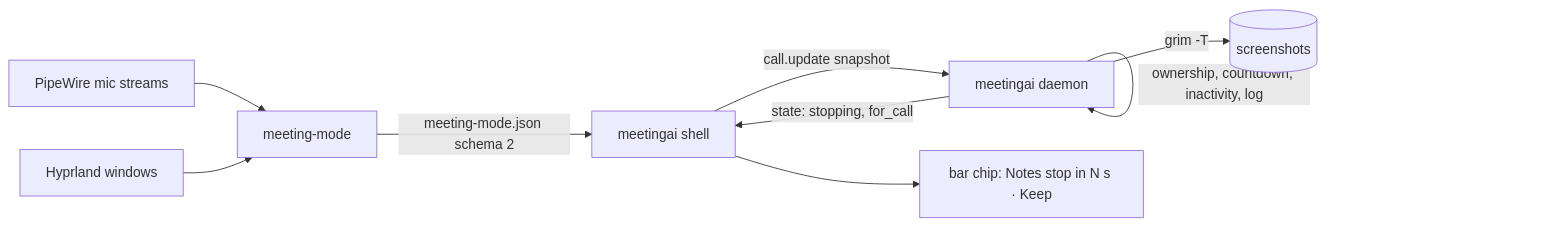
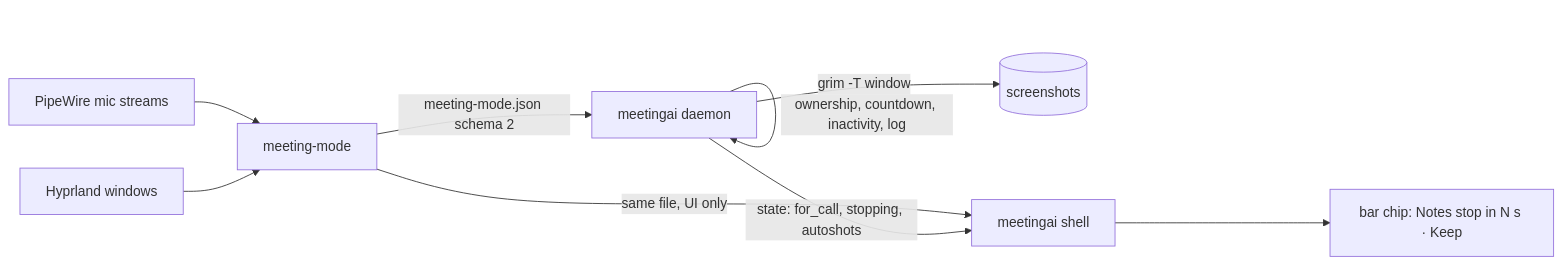
The diagram in spec/2026-11-16-101-meeting-end-and-window-shots.md (olafkfreund/nixarchy-meetingai), drawn with Mermaid before and after one commit. The commit also changed other lines of this file, not shown here.

First line of the commit message:
docs(spec): #101 daemon reads call state; address Codex and agy findings

````diff
--- a/spec/2026-11-16-101-meeting-end-and-window-shots.md
+++ b/spec/2026-11-16-101-meeting-end-and-window-shots.md
@@ -49,11 +50,11 @@
 ```mermaid
 flowchart LR
   PW[PipeWire mic streams] --> MM[meeting-mode]
   HY[Hyprland windows] --> MM
-  MM -- meeting-mode.json schema 2 --> SH[meetingai shell]
-  SH -- call.update snapshot --> D[meetingai daemon]
+  MM -- meeting-mode.json schema 2 --> D[meetingai daemon]
+  MM -- same file, UI only --> SH[meetingai shell]
   D -- ownership, countdown, inactivity, log --> D
-  D -- grim -T --> SS[(screenshots)]
-  D -- state: stopping, for_call --> SH
+  D -- grim -T window --> SS[(screenshots)]
+  D -- state: for_call, stopping, autoshots --> SH
   SH --> BAR[bar chip: Notes stop in N s · Keep]
 ```
````
